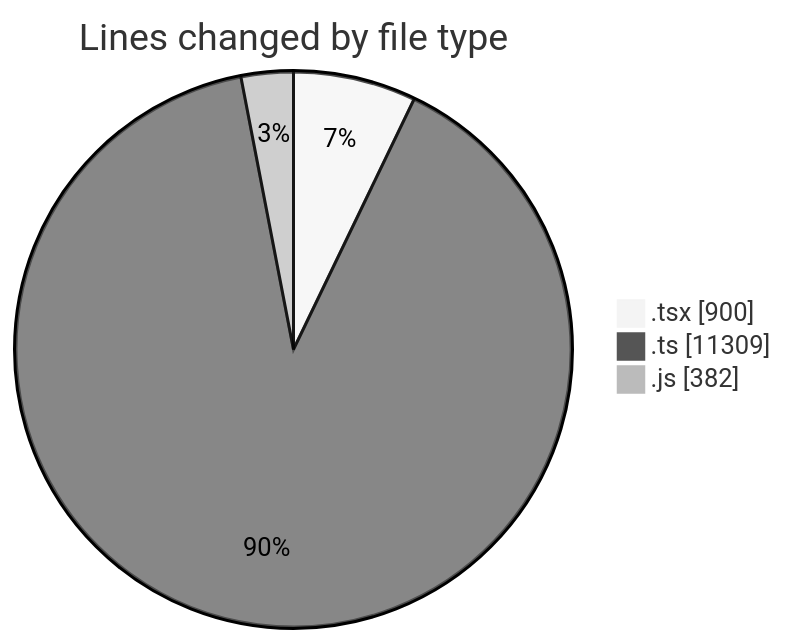
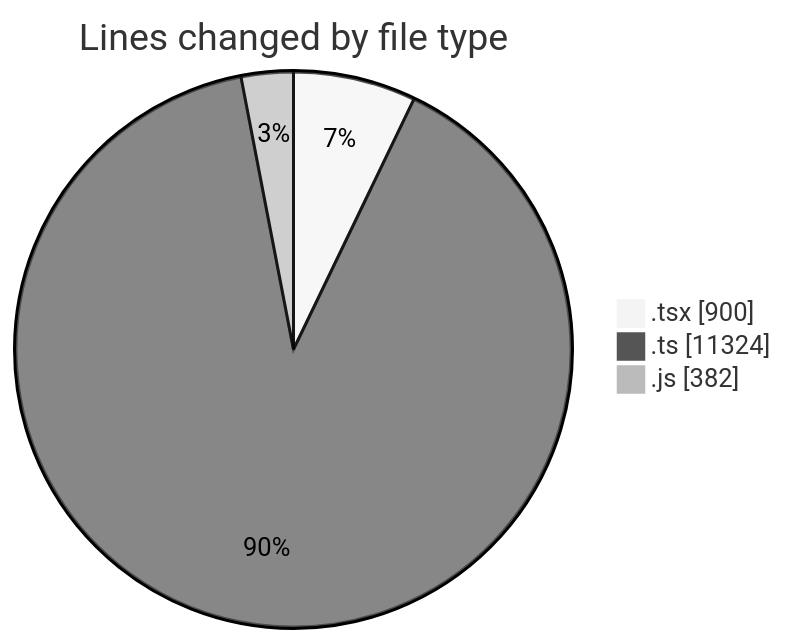
Before and after one commit to momahboobian/code-tracking: the first of 2 diagrams in 2025-11-26/cda/README.md, drawn with Mermaid (neutral theme). The commit also changed other lines of this file and 1 other file, not shown here.

````diff
--- a/2025-11-26/cda/README.md
+++ b/2025-11-26/cda/README.md
@@ -26,7 +26,7 @@
 ```mermaid
 pie showData
 title Lines changed by file type
 ".tsx" : 900
-".ts" : 11309
+".ts" : 11324
 ".js" : 382
 ```
````
